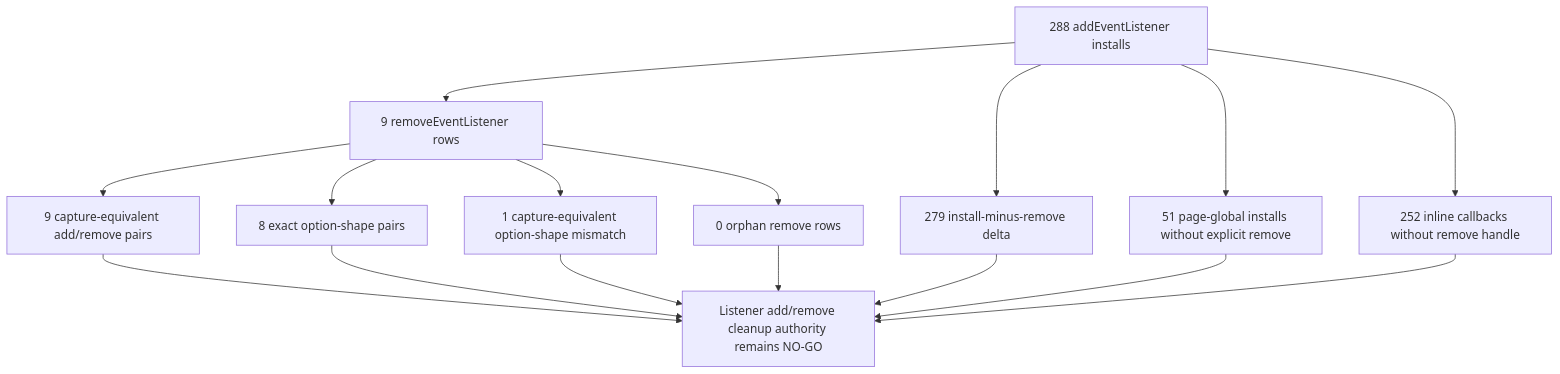
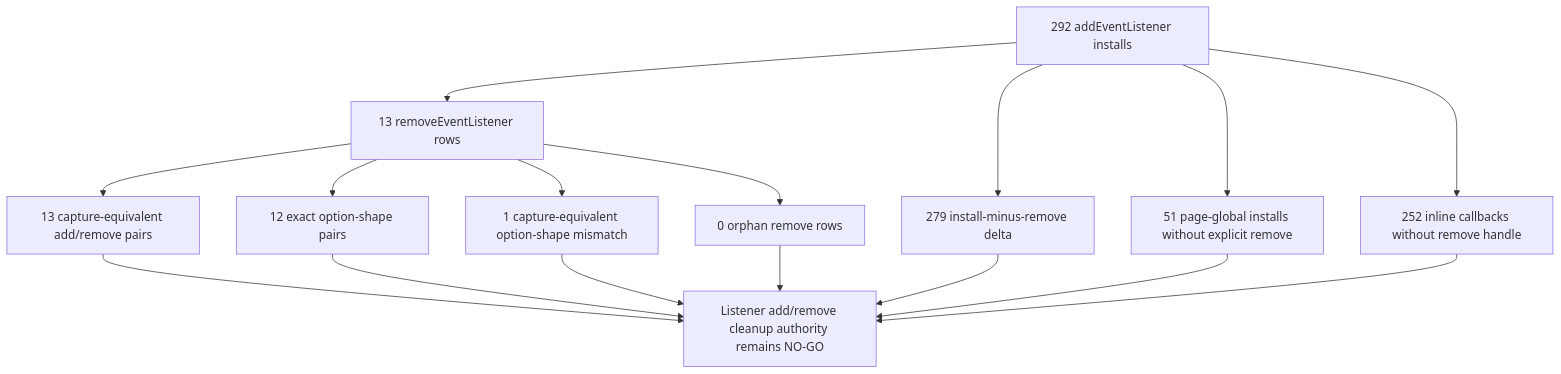
Before and after one commit to varshneydevansh/FilterTube: the seventh of 47 diagrams in docs/audit/FILTERTUBE_LIFECYCLE_INSTANCE_REGISTER_2026-05-18.md, drawn with Mermaid. The commit also changed 86 other files, not shown here.

````diff
--- a/docs/audit/FILTERTUBE_LIFECYCLE_INSTANCE_REGISTER_2026-05-18.md
+++ b/docs/audit/FILTERTUBE_LIFECYCLE_INSTANCE_REGISTER_2026-05-18.md
@@ -647,18 +647,18 @@
 ```mermaid
 flowchart TD
-  A["288 addEventListener installs"] --> B["9 removeEventListener rows"]
-  B --> C["9 capture-equivalent add/remove pairs"]
-  B --> D["8 exact option-shape pairs"]
+  A["292 addEventListener installs"] --> B["13 removeEventListener rows"]
+  B --> C["13 capture-equivalent add/remove pairs"]
+  B --> D["12 exact option-shape pairs"]
   B --> E["1 capture-equivalent option-shape mismatch"]
   B --> F["0 orphan remove rows"]
   A --> G["279 install-minus-remove delta"]
   A --> H["51 page-global installs without explicit remove"]
   A --> I["252 inline callbacks without remove handle"]
   C --> J["Listener add/remove cleanup authority remains NO-GO"]
   D --> J
   E --> J
   F --> J
   G --> J
   H --> J
   I --> J
 ```
````
